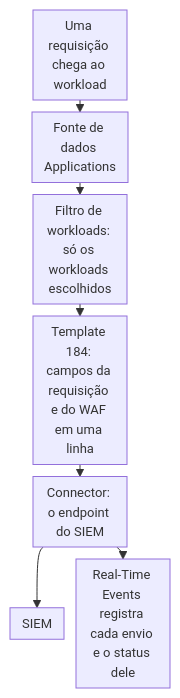
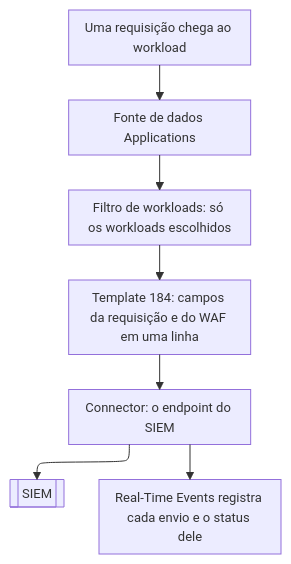
Before and after one commit to aziontech/docs: the diagram in apps/docs/src/content/docs/pt-br/pages/guias/observabilidade/enviar-registros-de-requisicoes-e-waf-a-um-siem.mdx, drawn with Mermaid. The commit also changed 179 other files, not shown here.

Commit message:
docs(diagrams): redraw every other diagram in the use-case diagram style (#2513)

````diff
--- a/apps/docs/src/content/docs/pt-br/pages/guias/observabilidade/enviar-registros-de-requisicoes-e-waf-a-um-siem.mdx
+++ b/apps/docs/src/content/docs/pt-br/pages/guias/observabilidade/enviar-registros-de-requisicoes-e-waf-a-um-siem.mdx
@@ -21,10 +21,10 @@
 ```mermaid
-%%{init: {"layout": "dagre", "themeVariables": {"fontSize": "13px"}, "flowchart": {"nodeSpacing": 12, "rankSpacing": 12, "padding": 6, "wrappingWidth": 70, "minNodeWidth": 40, "useMaxWidth": true}}}%%
+%%{init: {"layout": "elk", "themeVariables": {"fontSize": "13px"}, "flowchart": {"nodeSpacing": 24, "rankSpacing": 36, "padding": 8, "wrappingWidth": 150, "useMaxWidth": true}, "sequence": {"width": 120, "actorMargin": 30, "useMaxWidth": true}}}%%
 flowchart TD
   Req["Uma requisição chega ao workload"] --> Source["Fonte de dados Applications"]
   Source --> Filter["Filtro de workloads: só os workloads escolhidos"]
   Filter --> Template["Template 184: campos da requisição e do WAF em uma linha"]
   Template --> Out["Connector: o endpoint do SIEM"]
-  Out --> Siem["SIEM"]
+  Out --> Siem[["SIEM"]]
   Out --> Rte["Real-Time Events registra cada envio e o status dele"]
 ```
````
